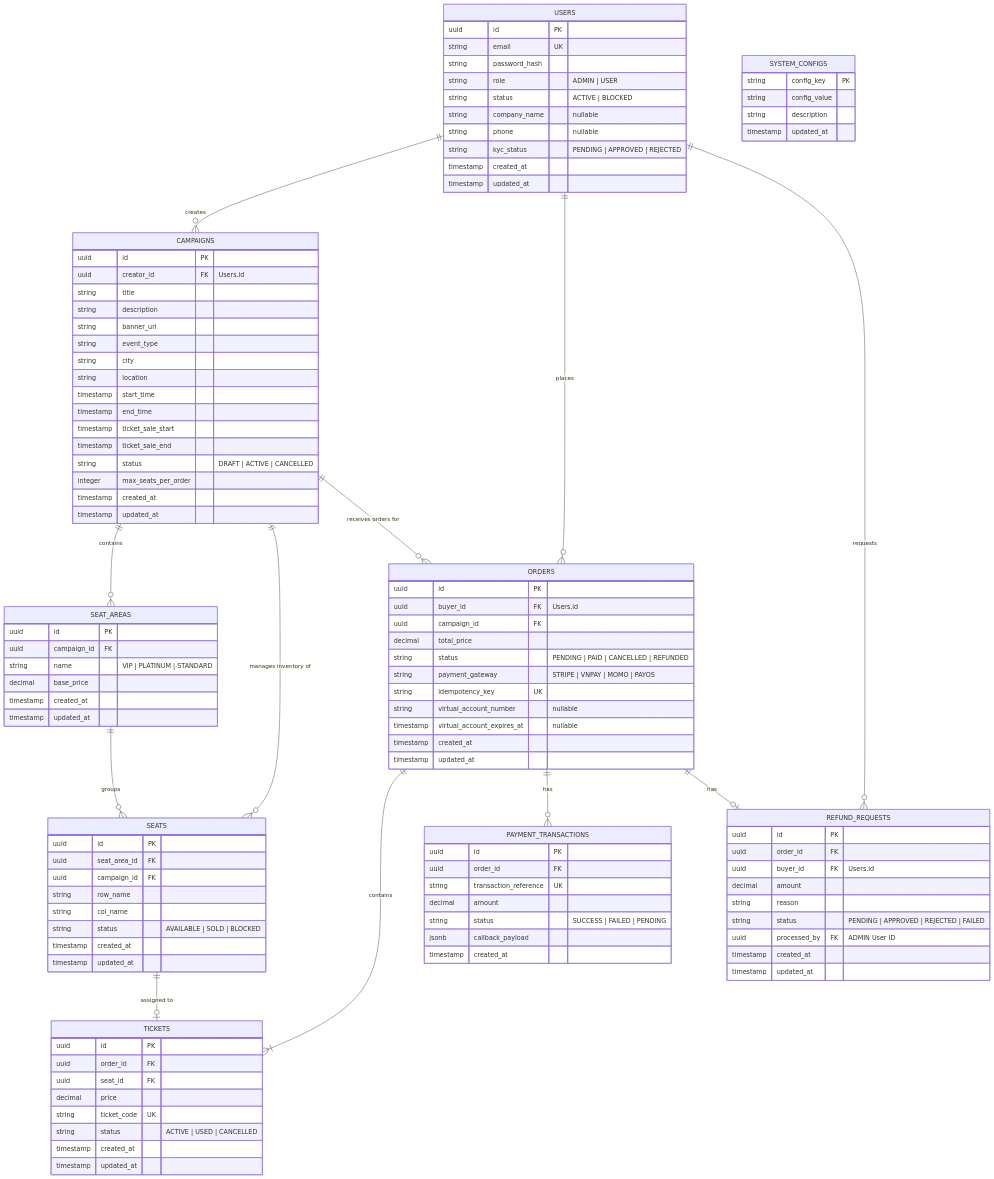
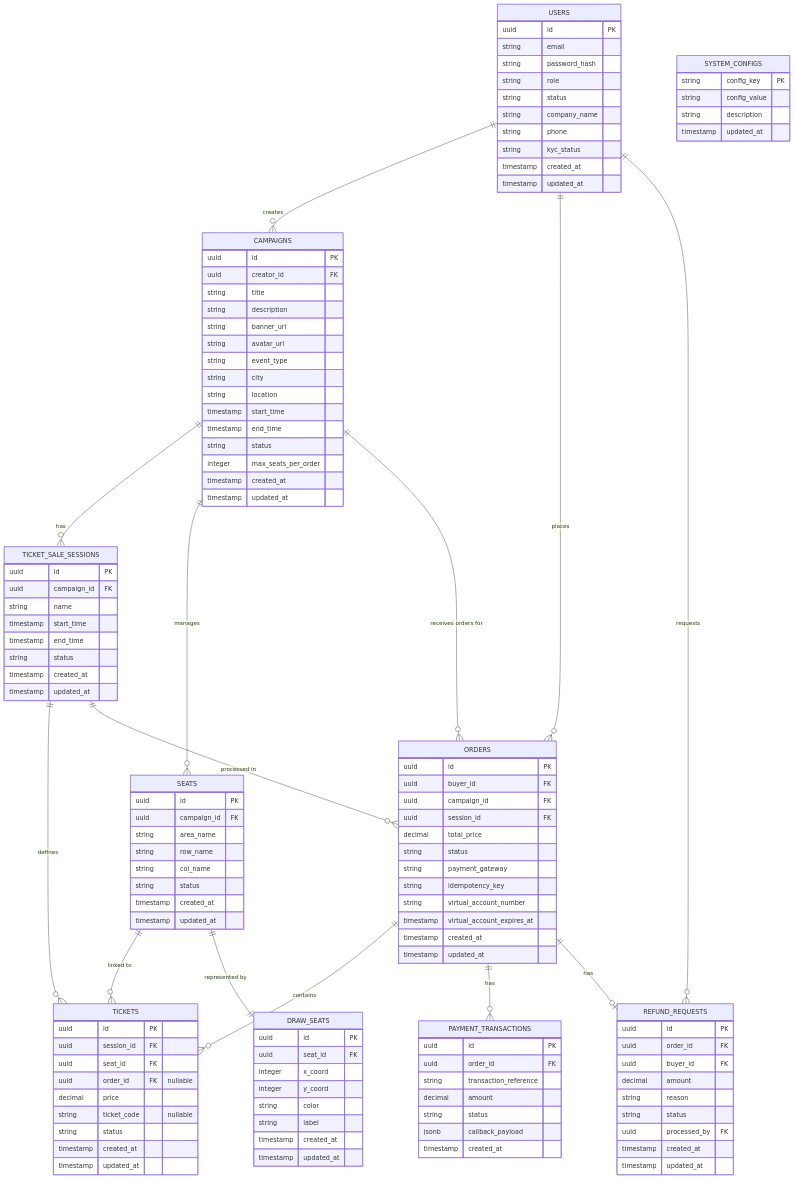
One commit to LiemLiemLiem12/booket changed the first of 2 diagrams in documents/srs.md. Above: the diagram before and after it, drawn with Mermaid. The commit also changed other lines of this file, not shown here.

Commit message:
Update SRS document to reflect new architecture and ticketing system changes

````diff
--- a/documents/srs.md
+++ b/documents/srs.md
@@ -99,77 +89,91 @@
 erDiagram
     USERS {
         uuid id PK
-        string email UK
+        string email
         string password_hash
-        string role "ADMIN | USER"
-        string status "ACTIVE | BLOCKED"
-        string company_name "nullable"
-        string phone "nullable"
-        string kyc_status "PENDING | APPROVED | REJECTED"
+        string role
+        string status
+        string company_name
+        string phone
+        string kyc_status
         timestamp created_at
         timestamp updated_at
     }
     
     CAMPAIGNS {
         uuid id PK
-        uuid creator_id FK "Users.id"
+        uuid creator_id FK
         string title
         string description
         string banner_url
+        string avatar_url
         string event_type
         string city
         string location
         timestamp start_time
         timestamp end_time
-        timestamp ticket_sale_start
-        timestamp ticket_sale_end
-        string status "DRAFT | ACTIVE | CANCELLED"
+        string status
         integer max_seats_per_order
         timestamp created_at
         timestamp updated_at
     }
     
-    SEAT_AREAS {
+    TICKET_SALE_SESSIONS {
         uuid id PK
         uuid campaign_id FK
-        string name "VIP | PLATINUM | STANDARD"
-        decimal base_price
+        string name
+        timestamp start_time
+        timestamp end_time
+        string status
         timestamp created_at
         timestamp updated_at
     }
     
     SEATS {
         uuid id PK
-        uuid seat_area_id FK
         uuid campaign_id FK
+        string area_name
         string row_name
         string col_name
-        string status "AVAILABLE | SOLD | BLOCKED"
+        string status
+        timestamp created_at
+        timestamp updated_at
+    }
+    
+    DRAW_SEATS {
+        uuid id PK
+        uuid seat_id FK
+        integer x_coord
+        integer y_coord
+        string color
+        string label
+        timestamp created_at
+        timestamp updated_at
+    }
+    
+    TICKETS {
+        uuid id PK
+        uuid session_id FK
+        uuid seat_id FK
+        uuid order_id FK "nullable"
+        decimal price
+        string ticket_code "nullable"
+        string status
         timestamp created_at
         timestamp updated_at
     }
     
     ORDERS {
         uuid id PK
-        uuid buyer_id FK "Users.id"
+        uuid buyer_id FK
         uuid campaign_id FK
+        uuid session_id FK
         decimal total_price
-        string status "PENDING | PAID | CANCELLED | REFUNDED"
-        string payment_gateway "STRIPE | VNPAY | MOMO | PAYOS"
-        string idempotency_key UK
-        string virtual_account_number "nullable"
-        timestamp virtual_account_expires_at "nullable"
-        timestamp created_at
-        timestamp updated_at
-    }
-    
-    TICKETS {
-        uuid id PK
-        uuid order_id FK
-        uuid seat_id FK
-        decimal price
-        string ticket_code UK
-        string status "ACTIVE | USED | CANCELLED"
+        string status
+        string payment_gateway
+        string idempotency_key
+        string virtual_account_number
+        timestamp virtual_account_expires_at
         timestamp created_at
         timestamp updated_at
     }
@@ -177,9 +181,9 @@
     PAYMENT_TRANSACTIONS {
         uuid id PK
         uuid order_id FK
-        string transaction_reference UK
+        string transaction_reference
         decimal amount
-        string status "SUCCESS | FAILED | PENDING"
+        string status
         jsonb callback_payload
         timestamp created_at
     }
@@ -187,11 +191,11 @@
     REFUND_REQUESTS {
         uuid id PK
         uuid order_id FK
-        uuid buyer_id FK "Users.id"
+        uuid buyer_id FK
         decimal amount
         string reason
-        string status "PENDING | APPROVED | REJECTED | FAILED"
-        uuid processed_by FK "ADMIN User ID"
+        string status
+        uuid processed_by FK
         timestamp created_at
         timestamp updated_at
     }
@@ -206,12 +210,14 @@
     USERS ||--o{ CAMPAIGNS : "creates"
     USERS ||--o{ ORDERS : "places"
     USERS ||--o{ REFUND_REQUESTS : "requests"
-    CAMPAIGNS ||--o{ SEAT_AREAS : "contains"
-    CAMPAIGNS ||--o{ SEATS : "manages inventory of"
+    CAMPAIGNS ||--o{ TICKET_SALE_SESSIONS : "has"
+    CAMPAIGNS ||--o{ SEATS : "manages"
     CAMPAIGNS ||--o{ ORDERS : "receives orders for"
-    SEAT_AREAS ||--o{ SEATS : "groups"
-    ORDERS ||--|{ TICKETS : "contains"
-    SEATS ||--o| TICKETS : "assigned to"
+    TICKET_SALE_SESSIONS ||--o{ TICKETS : "defines"
+    TICKET_SALE_SESSIONS ||--o{ ORDERS : "processed in"
+    SEATS ||--o{ TICKETS : "linked to"
+    SEATS ||--|| DRAW_SEATS : "represented by"
+    ORDERS ||--o{ TICKETS : "contains"
     ORDERS ||--o{ PAYMENT_TRANSACTIONS : "has"
     ORDERS ||--o| REFUND_REQUESTS : "has"
 ```
````
